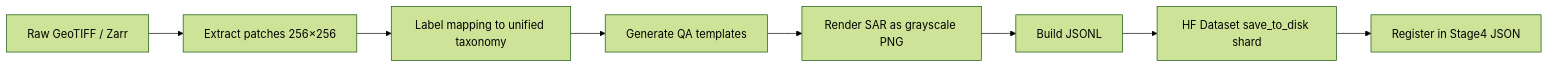
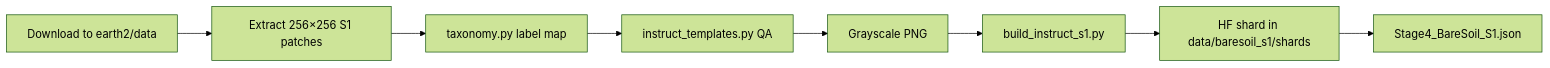
The second of 2 diagrams in BareSoil_Dataset.md (Riha-K/MTP), drawn with Mermaid (forest theme) before and after one commit. The commit also changed other lines of this file, not shown here.

First line of the commit message:
Revise BareSoil Dataset strategy and conversion guide

````diff
--- a/BareSoil_Dataset.md
+++ b/BareSoil_Dataset.md
@@ -250,10 +338,10 @@
 ```mermaid
 flowchart LR
-    A[Raw GeoTIFF / Zarr] --> B[Extract patches 256×256]
-    B --> C[Label mapping to unified taxonomy]
-    C --> D[Generate QA templates]
-    D --> E[Render SAR as grayscale PNG]
-    E --> F[Build JSONL]
-    F --> G[HF Dataset save_to_disk shard]
-    G --> H[Register in Stage4 JSON]
+    A[Download to earth2/data] --> B[Extract 256×256 S1 patches]
+    B --> C[taxonomy.py label map]
+    C --> D[instruct_templates.py QA]
+    D --> E[Grayscale PNG]
+    E --> F[build_instruct_s1.py]
+    F --> G[HF shard in data/baresoil_s1/shards]
+    G --> H[Stage4_BareSoil_S1.json]
 ```
````
